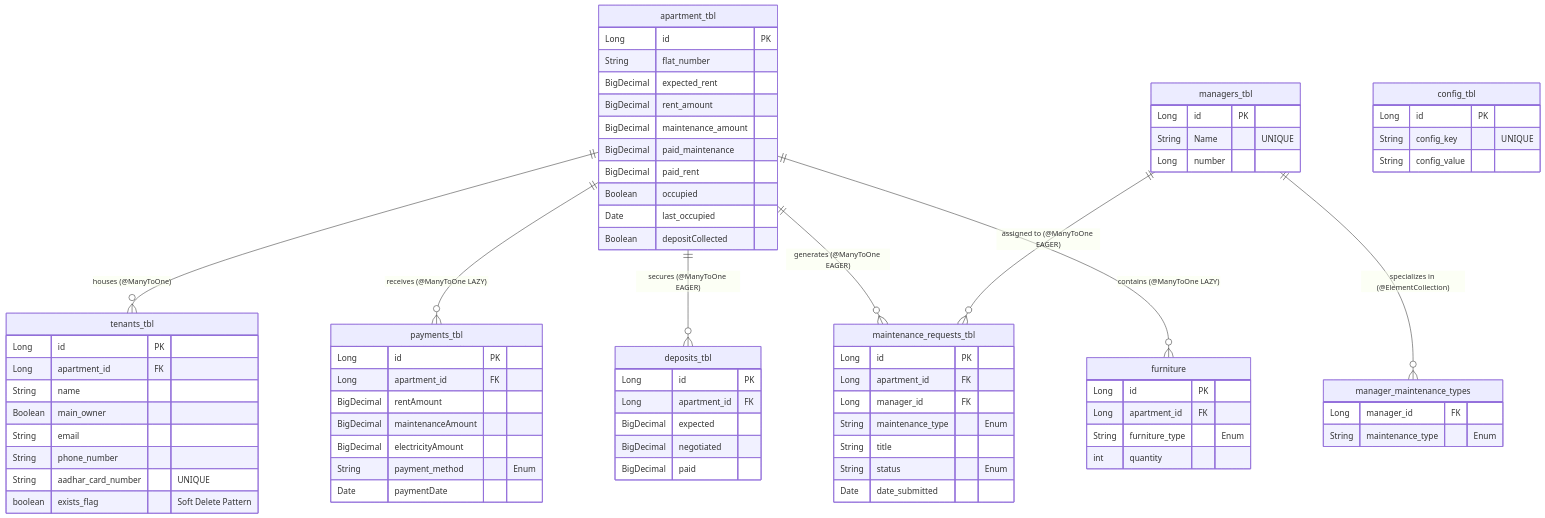
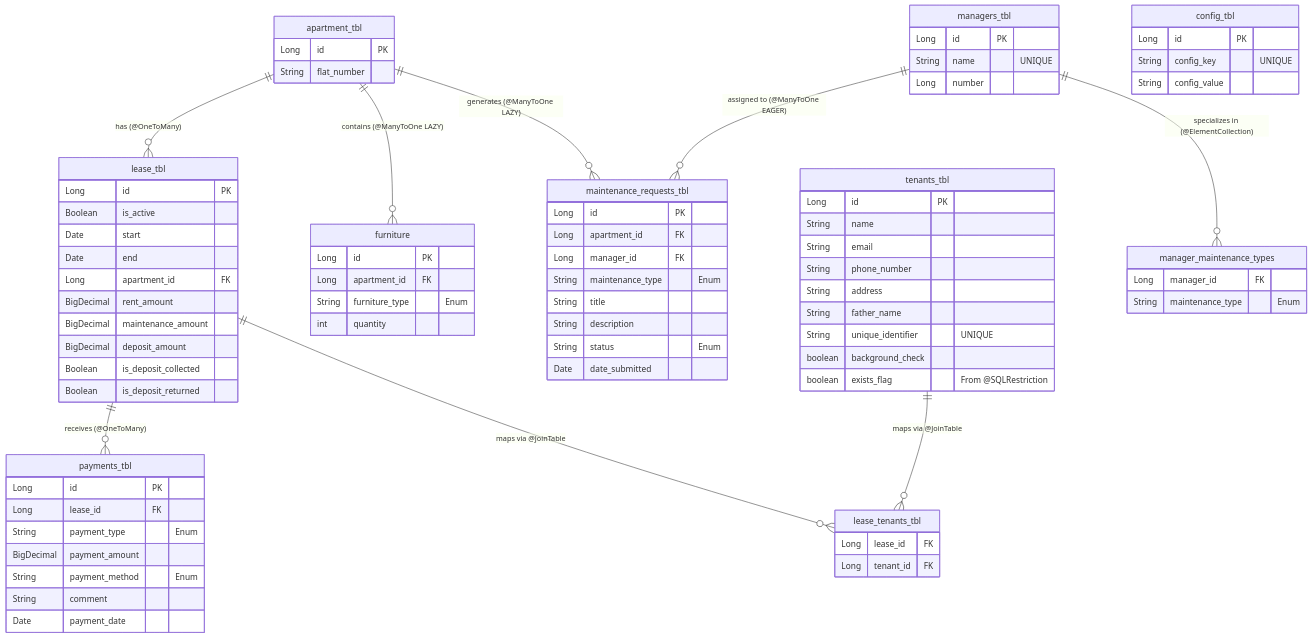
One commit to aryan897singh/full-stack-apartment-management-system changed the second of 2 diagrams in README.md. Above: the diagram before and after it, drawn with Mermaid. The commit also changed other lines of this file, not shown here.

Commit message:
feat(readme): add detailed v2.0 architecture, DB schema, and migration notes

````diff
--- a/README.md
+++ b/README.md
@@ -98,56 +145,63 @@
 ```mermaid
 erDiagram
-%% Core Relationships based on Java Entity Mappings
-    apartment_tbl ||--o{ tenants_tbl : "houses (@ManyToOne)"
-    apartment_tbl ||--o{ payments_tbl : "receives (@ManyToOne LAZY)"
-    apartment_tbl ||--o{ deposits_tbl : "secures (@ManyToOne EAGER)"
-    apartment_tbl ||--o{ maintenance_requests_tbl : "generates (@ManyToOne EAGER)"
+%% Core Relationships based on JPA Annotations
+    apartment_tbl ||--o{ lease_tbl : "has (@OneToMany)"
     apartment_tbl ||--o{ furniture : "contains (@ManyToOne LAZY)"
+    apartment_tbl ||--o{ maintenance_requests_tbl : "generates (@ManyToOne LAZY)"
+
+    lease_tbl ||--o{ payments_tbl : "receives (@OneToMany)"
+    
+    %% Many-to-Many Relationship via Join Table
+    lease_tbl ||--o{ lease_tenants_tbl : "maps via @JoinTable"
+    tenants_tbl ||--o{ lease_tenants_tbl : "maps via @JoinTable"
 
     managers_tbl ||--o{ maintenance_requests_tbl : "assigned to (@ManyToOne EAGER)"
     managers_tbl ||--o{ manager_maintenance_types : "specializes in (@ElementCollection)"
 
-%% Table Definitions (Mapped directly from Entity Columns)
+%% Table Definitions (Mapped directly from Entity fields and @Column annotations)
     apartment_tbl {
         Long id PK
         String flat_number
-        BigDecimal expected_rent
+    }
+
+    lease_tbl {
+        Long id PK
+        Boolean is_active
+        Date start
+        Date end
+        Long apartment_id FK
         BigDecimal rent_amount
         BigDecimal maintenance_amount
-        BigDecimal paid_maintenance
-        BigDecimal paid_rent
-        Boolean occupied
-        Date last_occupied
-        Boolean depositCollected
+        BigDecimal deposit_amount
+        Boolean is_deposit_collected
+        Boolean is_deposit_returned
+    }
+
+    lease_tenants_tbl {
+        Long lease_id FK
+        Long tenant_id FK
     }
 
     tenants_tbl {
         Long id PK
-        Long apartment_id FK
         String name
-        Boolean main_owner
         String email
         String phone_number
-        String aadhar_card_number "UNIQUE"
-        boolean exists_flag "Soft Delete Pattern"
+        String address
+        String father_name
+        String unique_identifier "UNIQUE"
+        boolean background_check
+        boolean exists_flag "From @SQLRestriction"
     }
 
     payments_tbl {
         Long id PK
-        Long apartment_id FK
-        BigDecimal rentAmount
-        BigDecimal maintenanceAmount
-        BigDecimal electricityAmount
+        Long lease_id FK
+        String payment_type "Enum"
+        BigDecimal payment_amount
         String payment_method "Enum"
-        Date paymentDate
-    }
-
-    deposits_tbl {
-        Long id PK
-        Long apartment_id FK
-        BigDecimal expected
-        BigDecimal negotiated
-        BigDecimal paid
+        String comment
+        Date payment_date
     }
 
     maintenance_requests_tbl {
@@ -156,6 +210,7 @@
         Long manager_id FK
         String maintenance_type "Enum"
         String title
+        String description
         String status "Enum"
         Date date_submitted
     }
@@ -169,7 +224,7 @@
 
     managers_tbl {
         Long id PK
-        String Name "UNIQUE"
+        String name "UNIQUE"
         Long number
     }
 
````
